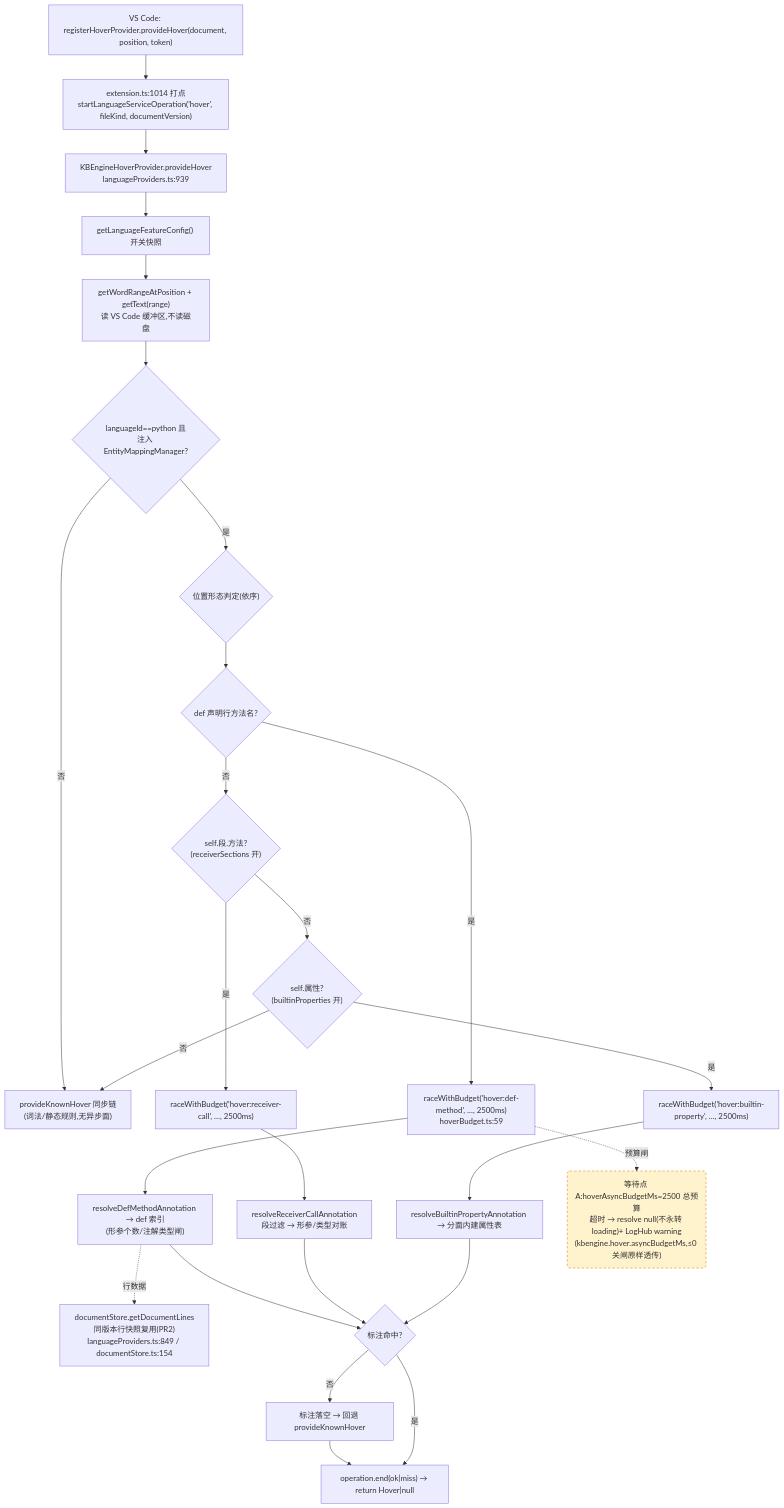
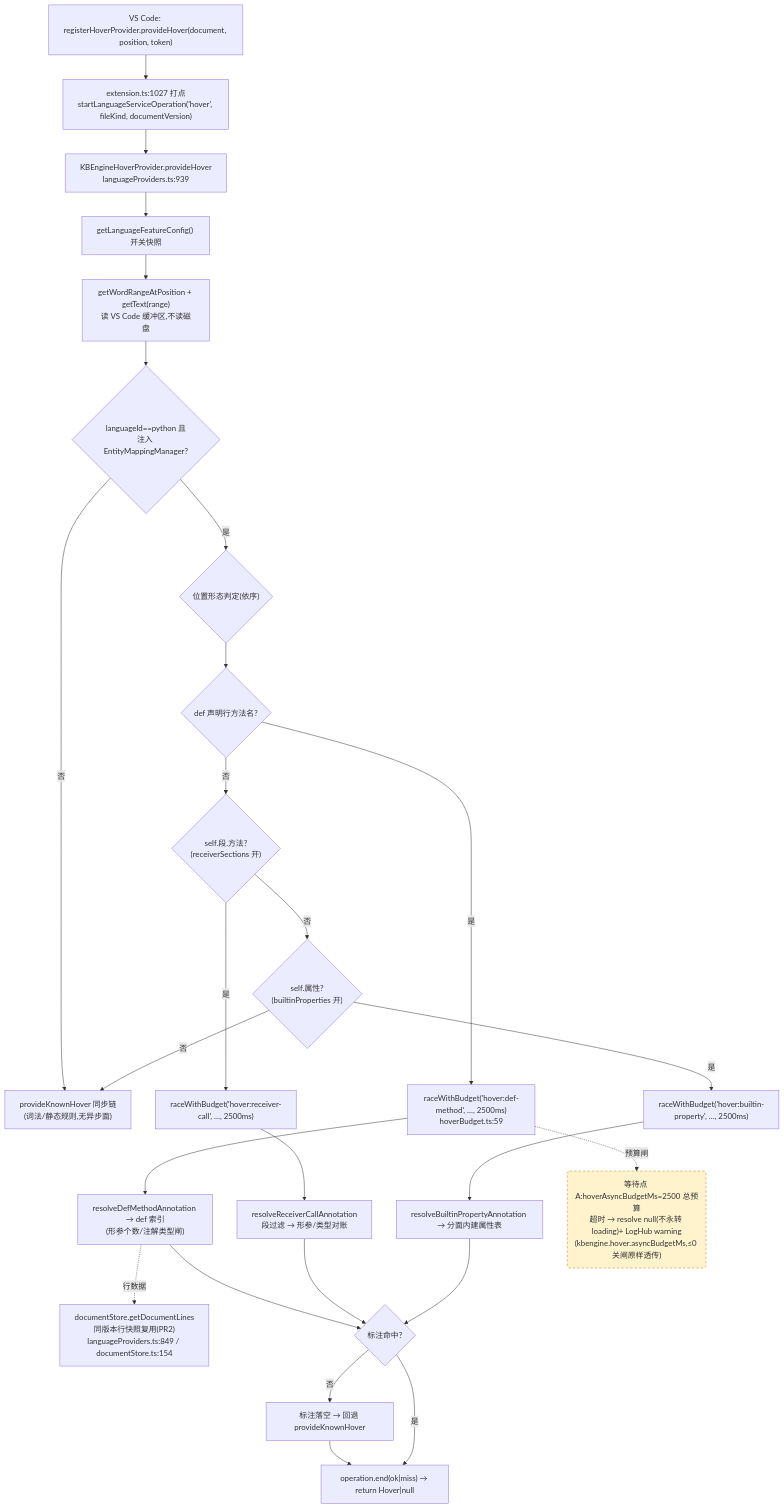
Before and after one commit to cuihairu/kode: the first of 4 diagrams in docs/perf/2026-baseline.md, drawn with Mermaid. The commit also changed other lines of this file and 8 other files, not shown here.

````diff
--- a/docs/perf/2026-baseline.md
+++ b/docs/perf/2026-baseline.md
@@ -82,45 +82,45 @@
 ```mermaid
 flowchart TD
   VC1["VS Code: registerHoverProvider.provideHover(document, position, token)"]
-  M1["extension.ts:1014 打点<br/>startLanguageServiceOperation('hover', fileKind, documentVersion)"]
+  M1["extension.ts:1027 打点<br/>startLanguageServiceOperation('hover', fileKind, documentVersion)"]
   HP["KBEngineHoverProvider.provideHover<br/>languageProviders.ts:939"]
   CFG["getLanguageFeatureConfig() 开关快照"]
   WORD["getWordRangeAtPosition + getText(range)<br/>读 VS Code 缓冲区,不读磁盘"]
   BR{"languageId==python 且<br/>注入 EntityMappingManager?"}
   KN["provideKnownHover 同步链<br/>(词法/静态规则,无异步面)"]
   POS{"位置形态判定(依序)"}
   D1{"def 声明行方法名?"}
   D2{"self.段.方法?<br/>(receiverSections 开)"}
   D3{"self.属性?<br/>(builtinProperties 开)"}
   RA1["raceWithBudget('hover:def-method', …, 2500ms)<br/>hoverBudget.ts:59"]
   RA2["raceWithBudget('hover:receiver-call', …, 2500ms)"]
   RA3["raceWithBudget('hover:builtin-property', …, 2500ms)"]
   RS1["resolveDefMethodAnnotation → def 索引<br/>(形参个数/注解类型闸)"]
   RS2["resolveReceiverCallAnnotation<br/>段过滤 → 形参/类型对账"]
   RS3["resolveBuiltinPropertyAnnotation → 分面内建属性表"]
   LINES["documentStore.getDocumentLines<br/>同版本行快照复用(PR2)<br/>languageProviders.ts:849 / documentStore.ts:154"]
   MISS["标注落空 → 回退 provideKnownHover"]
   END1["operation.end(ok|miss) → return Hover|null"]
 
   VC1 --> M1 --> HP --> CFG --> WORD --> BR
   BR -- "否" --> KN
   BR -- "是" --> POS --> D1
   D1 -- "是" --> RA1 --> RS1
   D1 -- "否" --> D2
   D2 -- "是" --> RA2 --> RS2
   D2 -- "否" --> D3
   D3 -- "是" --> RA3 --> RS3
   D3 -- "否" --> KN
   RS1 --> HIT{"标注命中?"}
   RS2 --> HIT
   RS3 --> HIT
   RS1 -.->|行数据| LINES
   HIT -- "否" --> MISS --> END1
   HIT -- "是" --> END1
 
   WAITA("等待点 A:hoverAsyncBudgetMs=2500 总预算<br/>超时 → resolve null(不永转 loading)+ LogHub warning<br/>(kbengine.hover.asyncBudgetMs,≤0 关闸原样透传)")
   RA1 -.->|预算闸| WAITA
 
   classDef waitPoint fill:#fff3cd,stroke:#d97706,stroke-dasharray:5 4;
   class WAITA waitPoint;
 ```
````
